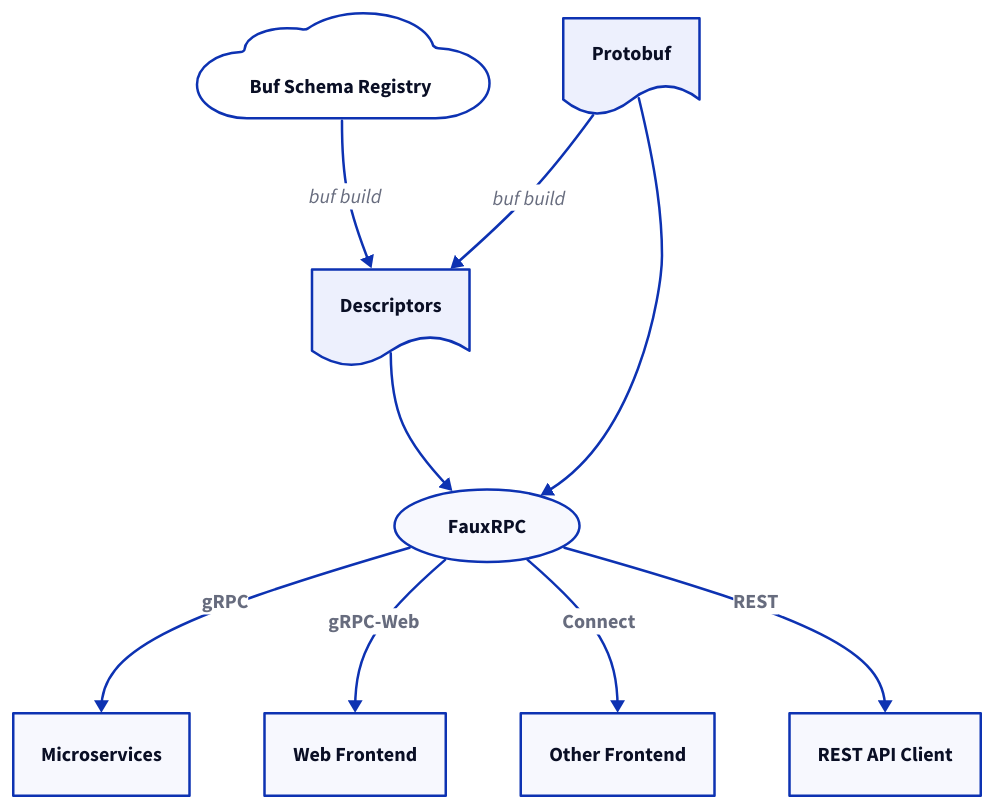
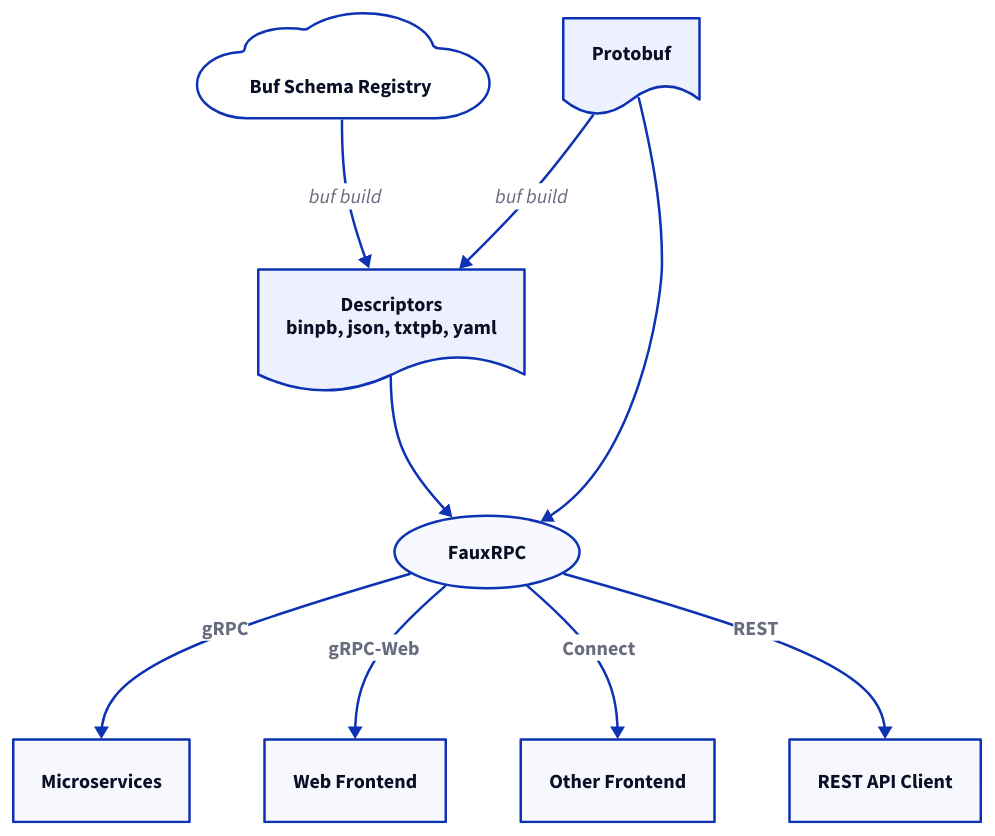
Before and after one commit to sudorandom/kmcd.dev: the diagram in content/posts/2024/fauxrpc/diagram.d2, drawn with D2. The commit also changed 1 other file, not shown here.

Commit message:
Add more details to descriptors label on diagram

```diff
--- a/content/posts/2024/fauxrpc/diagram.d2
+++ b/content/posts/2024/fauxrpc/diagram.d2
@@ -1,36 +1,37 @@
 # d2 content/posts/2024/fauxrpc/diagram.d2 --sketch --theme 201 content/posts/2024/fauxrpc/diagram.svg
 
 style: {
   fill: transparent
 }
 
 Buf Schema Registry.shape: cloud
 Buf Schema Registry -> Descriptors: buf build
 
+Descriptors.label: Descriptors\nbinpb, json, txtpb, yaml
 Descriptors.shape: document
 Descriptors -> FauxRPC
 Protobuf.shape: document
 Protobuf -> FauxRPC
 Protobuf -> Descriptors: buf build
 
 FauxRPC.shape: oval
 FauxRPC -> Microservices: gRPC {
   style: {
     bold: true
   }
 }
 FauxRPC -> Web Frontend: gRPC-Web {
   style: {
     bold: true
   }
 }
 FauxRPC -> Other Frontend: Connect {
   style: {
     bold: true
   }
 }
 FauxRPC -> REST API Client: REST {
   style: {
     bold: true
   }
 }
```
